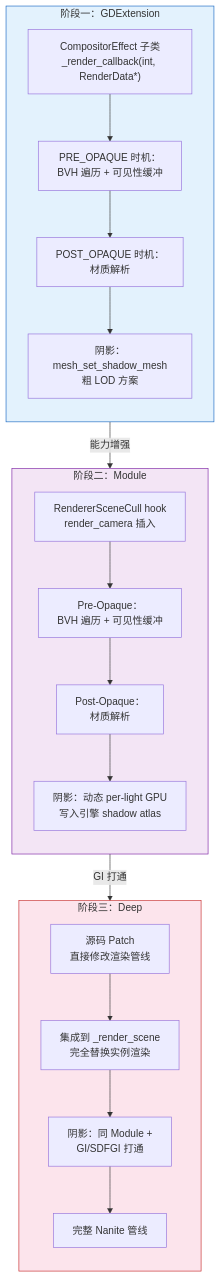
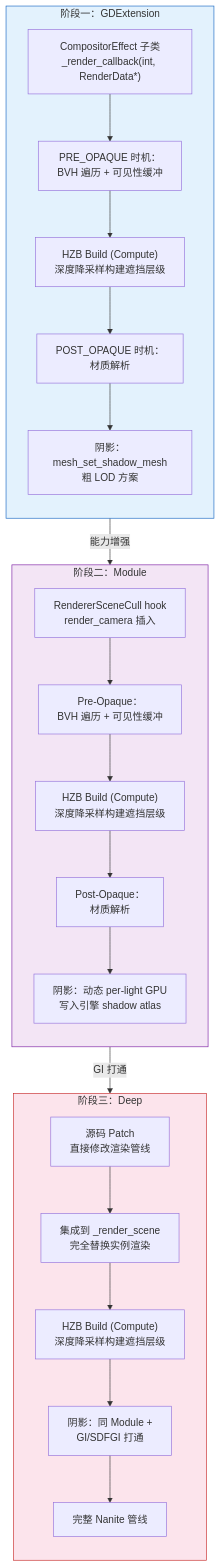
One commit to alonecat06/godot changed the fourth of 17 diagrams in nanite_doc/nanite-overall-design.md. Above: the diagram before and after it, drawn with Mermaid. The commit also changed other lines of this file, not shown here.

First line of the commit message:
docs(nanite): 补充 GPU HZB 模块设计到总体设计文档

````diff
--- a/nanite_doc/nanite-overall-design.md
+++ b/nanite_doc/nanite-overall-design.md
@@ -542,42 +550,48 @@
 ```mermaid
 flowchart TB
     subgraph P1["阶段一：GDExtension"]
         direction TB
         P1A["CompositorEffect 子类<br/>_render_callback(int, RenderData*)"]
         P1B["PRE_OPAQUE 时机：<br/>BVH 遍历 + 可见性缓冲"]
+        P1B2["HZB Build (Compute)<br/>深度降采样构建遮挡层级"]
         P1C["POST_OPAQUE 时机：<br/>材质解析"]
         P1D["阴影：mesh_set_shadow_mesh<br/>粗 LOD 方案"]
         P1A --> P1B
-        P1B --> P1C
+        P1B --> P1B2
+        P1B2 --> P1C
         P1C --> P1D
     end
 
     subgraph P2["阶段二：Module"]
         direction TB
         P2A["RendererSceneCull hook<br/>render_camera 插入"]
         P2B["Pre-Opaque：<br/>BVH 遍历 + 可见性缓冲"]
+        P2B2["HZB Build (Compute)<br/>深度降采样构建遮挡层级"]
         P2C["Post-Opaque：<br/>材质解析"]
         P2D["阴影：动态 per-light GPU<br/>写入引擎 shadow atlas"]
         P2A --> P2B
-        P2B --> P2C
+        P2B --> P2B2
+        P2B2 --> P2C
         P2C --> P2D
     end
 
     subgraph P3["阶段三：Deep"]
         direction TB
         P3A["源码 Patch<br/>直接修改渲染管线"]
         P3B["集成到 _render_scene<br/>完全替换实例渲染"]
+        P3B2["HZB Build (Compute)<br/>深度降采样构建遮挡层级"]
         P3C["阴影：同 Module +<br/>GI/SDFGI 打通"]
         P3D["完整 Nanite 管线"]
         P3A --> P3B
-        P3B --> P3C
+        P3B --> P3B2
+        P3B2 --> P3C
         P3C --> P3D
     end
 
     P1 -->|"能力增强"| P2
     P2 -->|"GI 打通"| P3
 
     style P1 fill:#e3f2fd,stroke:#1565c0
     style P2 fill:#f3e5f5,stroke:#7b1fa2
     style P3 fill:#fce4ec,stroke:#c62828
 ```
````
